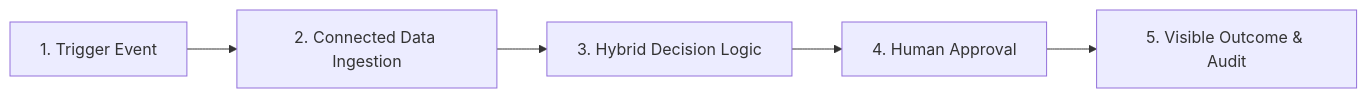
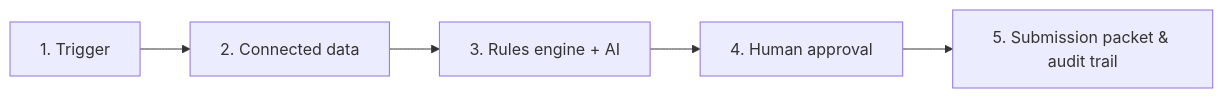
The first of 2 diagrams in README.md (JV-GG/SDCHACK), drawn with Mermaid before and after one commit. The commit also changed other lines of this file and 7 other files, not shown here.

````diff
--- a/README.md
+++ b/README.md
@@ -23,7 +49,7 @@
 ```mermaid
 flowchart LR
-    A["1. Trigger Event"] --> B["2. Connected Data Ingestion"]
-    B --> C["3. Hybrid Decision Logic"]
-    C --> D["4. Human Approval"]
-    D --> E["5. Visible Outcome & Audit"]
+    A["1. Trigger"] --> B["2. Connected data"]
+    B --> C["3. Rules engine + AI"]
+    C --> D["4. Human approval"]
+    D --> E["5. Submission packet & audit trail"]
 ```
````
